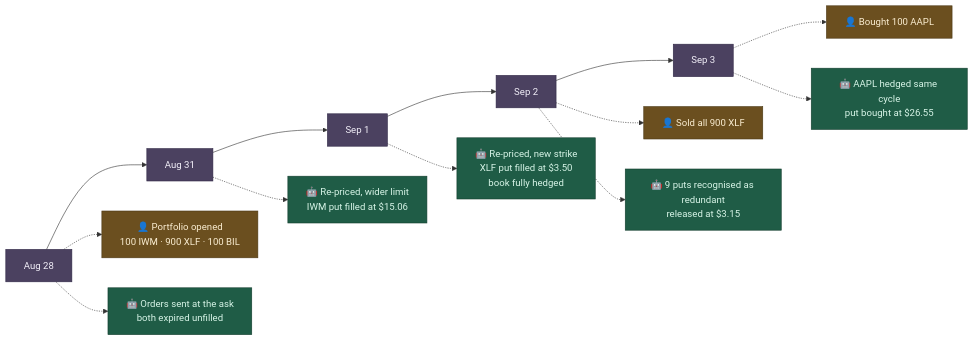
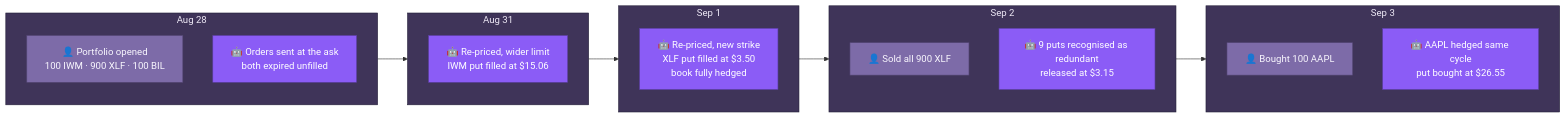
One commit to ol1ak5/Drawdown-Guard changed the first of 2 diagrams in README.md. Above: the diagram before and after it, drawn with Mermaid. The commit also changed other lines of this file, not shown here.

Commit message:
One soft violet family across both diagrams, and cards instead of a fan
Two problems in the same diagrams: the colours read as arbitrary, and
the day-by-day chart's dotted lines fanning out from five points looked
scattered rather than structured.

Both diagrams now sit in one violet story rather than unrelated hues.
Muted violet is structure - the day cards, the ordinary steps in the
loop. A softer violet is the client's own choice. The saturated violet
already meant "the model spoke" in the loop diagram; it now means the
same thing one level up, in the day-by-day chart - "the agent decided
this on its own" - so the two diagrams are readable with one key rather
than two.

The day-by-day chart is subgraphs now, one per day, each holding its
own event or two stacked inside it and connected to the next day in a
single line. A day is a card in a sequence rather than a point with
lines hanging off it in no particular shape.

````diff
--- a/README.md
+++ b/README.md
@@ -73,33 +73,40 @@
 ```mermaid
 flowchart LR
-    D1["Aug 28"] --> D2["Aug 31"] --> D3["Sep 1"] --> D4["Sep 2"] --> D5["Sep 3"]
+    classDef day fill:#3f3459,stroke:#241f38,color:#efeaf7
+    classDef client fill:#7d6ba8,stroke:#544674,color:#faf8ff
+    classDef agent fill:#8b5cf6,stroke:#5b3fa0,color:#ffffff
 
-    D1 -.-> C1["👤 Portfolio opened<br/>100 IWM · 900 XLF · 100 BIL"]
-    D1 -.-> A1["🤖 Orders sent at the ask<br/>both expired unfilled"]
+    subgraph D1["Aug 28"]
+        direction TB
+        C1["👤 Portfolio opened<br/>100 IWM · 900 XLF · 100 BIL"]
+        A1["🤖 Orders sent at the ask<br/>both expired unfilled"]
+    end
 
-    D2 -.-> A2["🤖 Re-priced, wider limit<br/>IWM put filled at $15.06"]
+    subgraph D2["Aug 31"]
+        direction TB
+        A2["🤖 Re-priced, wider limit<br/>IWM put filled at $15.06"]
+    end
 
-    D3 -.-> A3["🤖 Re-priced, new strike<br/>XLF put filled at $3.50<br/>book fully hedged"]
+    subgraph D3["Sep 1"]
+        direction TB
+        A3["🤖 Re-priced, new strike<br/>XLF put filled at $3.50<br/>book fully hedged"]
+    end
 
-    D4 -.-> C4["👤 Sold all 900 XLF"]
-    D4 -.-> A4["🤖 9 puts recognised as redundant<br/>released at $3.15"]
+    subgraph D4["Sep 2"]
+        direction TB
+        C4["👤 Sold all 900 XLF"]
+        A4["🤖 9 puts recognised as redundant<br/>released at $3.15"]
+    end
 
-    D5 -.-> C5["👤 Bought 100 AAPL"]
-    D5 -.-> A5["🤖 AAPL hedged same cycle<br/>put bought at $26.55"]
+    subgraph D5["Sep 3"]
+        direction TB
+        C5["👤 Bought 100 AAPL"]
+        A5["🤖 AAPL hedged same cycle<br/>put bought at $26.55"]
+    end
 
-    style D1 fill:#4b4160,stroke:#2f2745,color:#f4f1fa
-    style D2 fill:#4b4160,stroke:#2f2745,color:#f4f1fa
-    style D3 fill:#4b4160,stroke:#2f2745,color:#f4f1fa
-    style D4 fill:#4b4160,stroke:#2f2745,color:#f4f1fa
-    style D5 fill:#4b4160,stroke:#2f2745,color:#f4f1fa
+    D1 --> D2 --> D3 --> D4 --> D5
 
-    style C1 fill:#6b4f1f,stroke:#4a3714,color:#fbeed2
-    style C4 fill:#6b4f1f,stroke:#4a3714,color:#fbeed2
-    style C5 fill:#6b4f1f,stroke:#4a3714,color:#fbeed2
-
-    style A1 fill:#1f5c46,stroke:#123c2d,color:#d8f5e8
-    style A2 fill:#1f5c46,stroke:#123c2d,color:#d8f5e8
-    style A3 fill:#1f5c46,stroke:#123c2d,color:#d8f5e8
-    style A4 fill:#1f5c46,stroke:#123c2d,color:#d8f5e8
-    style A5 fill:#1f5c46,stroke:#123c2d,color:#d8f5e8
+    class D1,D2,D3,D4,D5 day
+    class C1,C4,C5 client
+    class A1,A2,A3,A4,A5 agent
 ```
````
